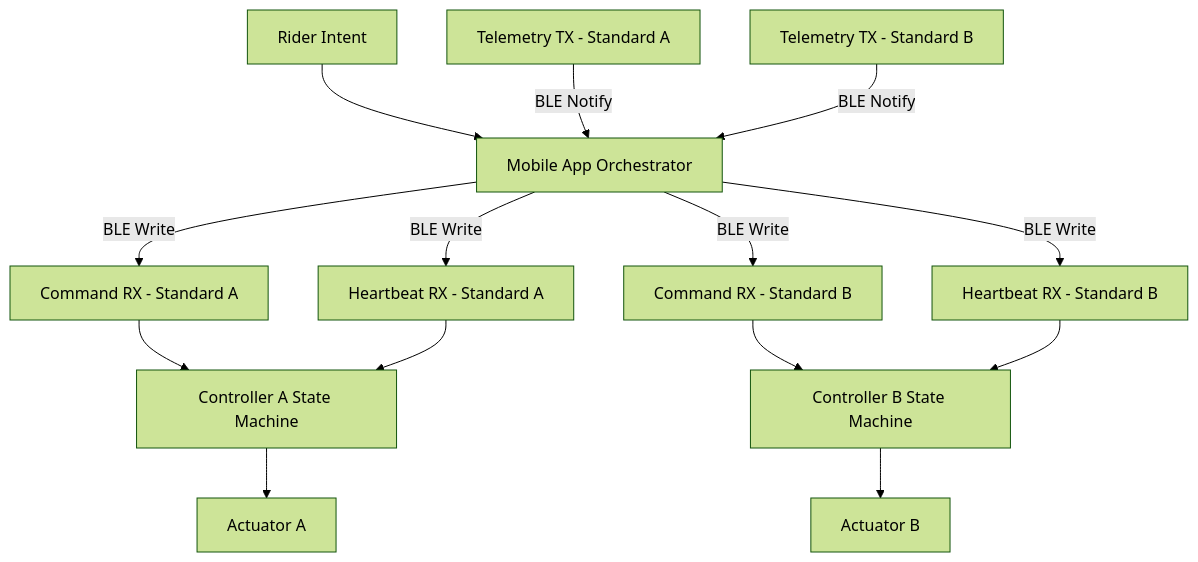
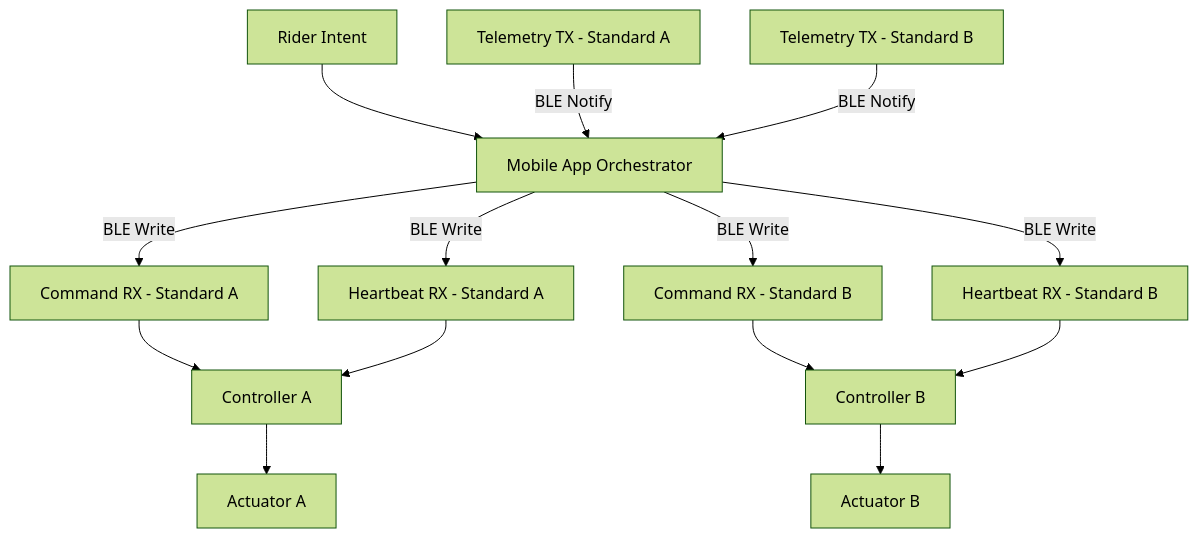
One commit to arisharazakhan-cpu/smart-jump-prototype changed the diagram in README.md. Above: the diagram before and after it, drawn with Mermaid (forest theme). The commit also changed other lines of this file, not shown here.

Commit message:
docs: visually enhanced README with structured tables and architecture emphasis

````diff
--- a/README.md
+++ b/README.md
@@ -102,20 +76,20 @@
 ```mermaid
 flowchart TB
     Rider[Rider Intent] --> App[Mobile App Orchestrator]
 
     App -->|BLE Write| CmdA[Command RX - Standard A]
     App -->|BLE Write| HbA[Heartbeat RX - Standard A]
     TelA[Telemetry TX - Standard A] -->|BLE Notify| App
 
     App -->|BLE Write| CmdB[Command RX - Standard B]
     App -->|BLE Write| HbB[Heartbeat RX - Standard B]
     TelB[Telemetry TX - Standard B] -->|BLE Notify| App
 
-    CmdA --> DevA[Controller A State Machine]
+    CmdA --> DevA[Controller A]
     HbA --> DevA
     DevA --> MotA[Actuator A]
 
-    CmdB --> DevB[Controller B State Machine]
+    CmdB --> DevB[Controller B]
     HbB --> DevB
     DevB --> MotB[Actuator B]
 ```
````
